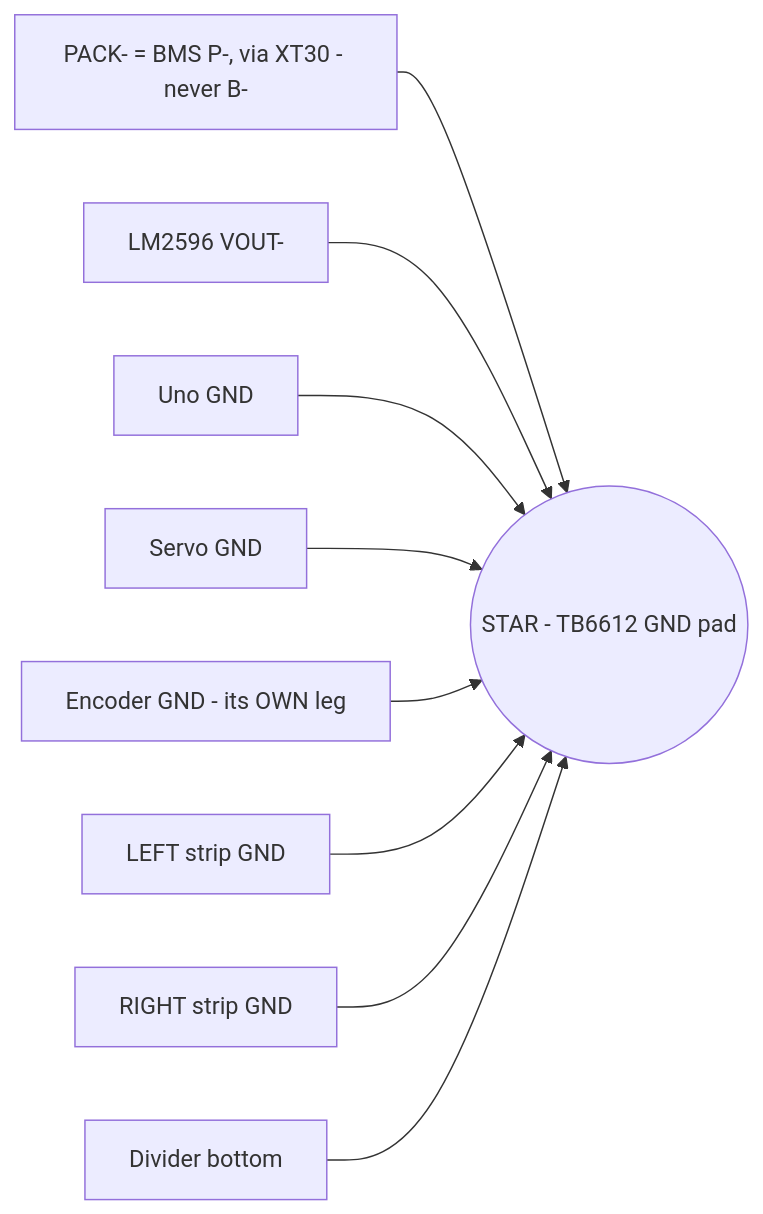
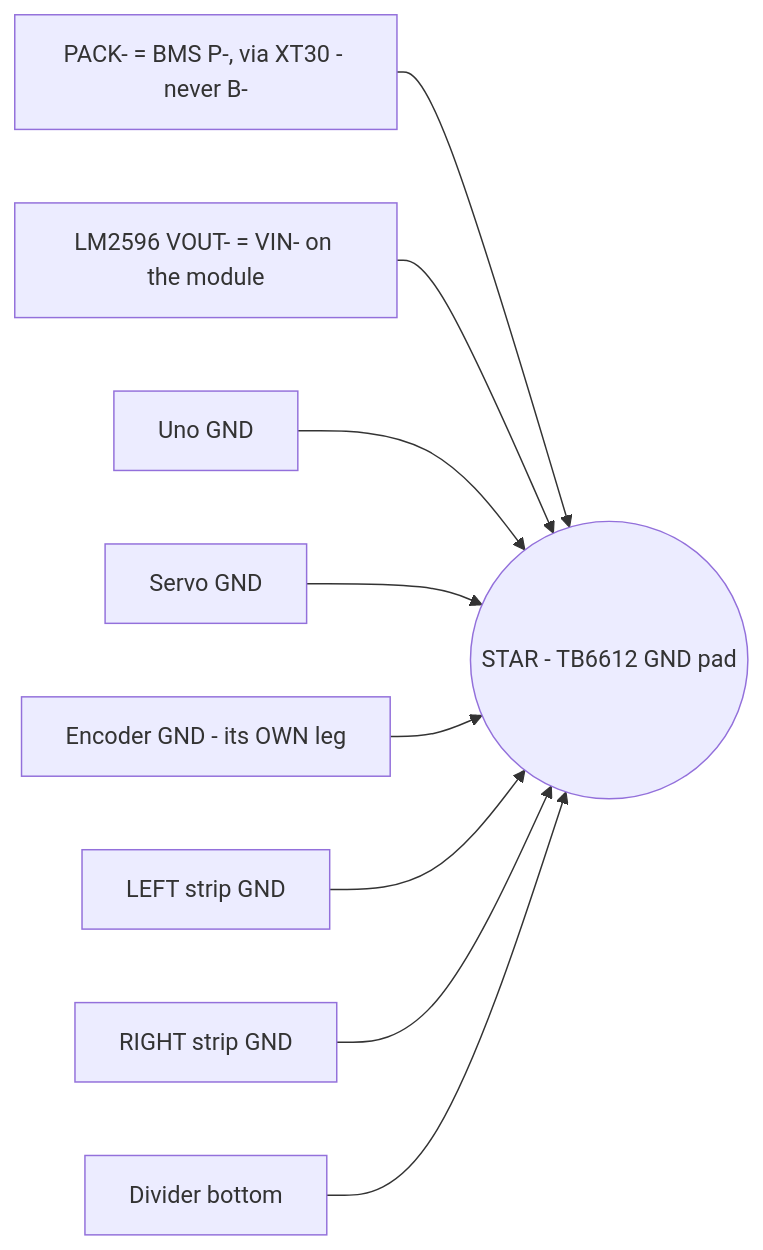
The third of 3 diagrams in docs/WIRING_PROTOSHIELD.md (Evan-Daruwalla/vision-autonomous-car), drawn with Mermaid before and after one commit. The commit also changed other lines of this file and 12 other files, not shown here.

````diff
--- a/docs/WIRING_PROTOSHIELD.md
+++ b/docs/WIRING_PROTOSHIELD.md
@@ -128,12 +126,12 @@
 ```mermaid
 flowchart LR
   STAR(("STAR - TB6612 GND pad"))
   P["PACK- = BMS P-, via XT30 - never B-"] --> STAR
-  BUCK["LM2596 VOUT-"] --> STAR
+  BUCK["LM2596 VOUT- = VIN- on the module"] --> STAR
   UNO["Uno GND"] --> STAR
   SERVO["Servo GND"] --> STAR
   ENC["Encoder GND - its OWN leg"] --> STAR
   SL["LEFT strip GND"] --> STAR
   SR["RIGHT strip GND"] --> STAR
   DIV["Divider bottom"] --> STAR
 ```
````
